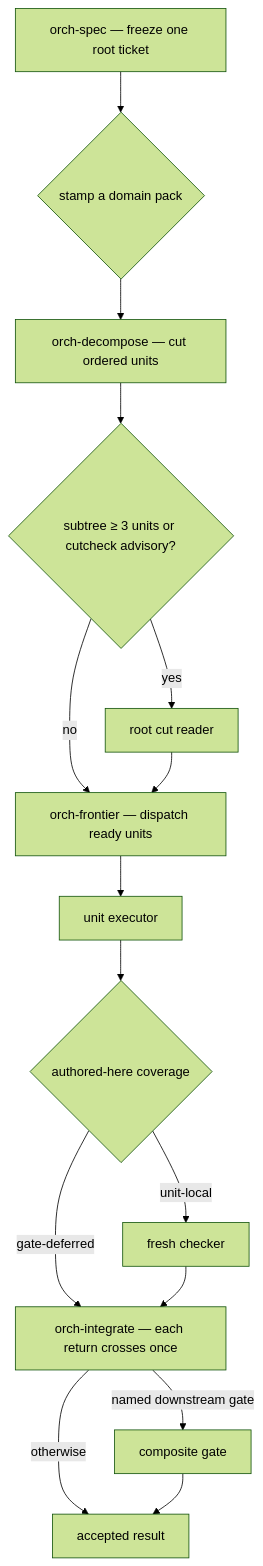
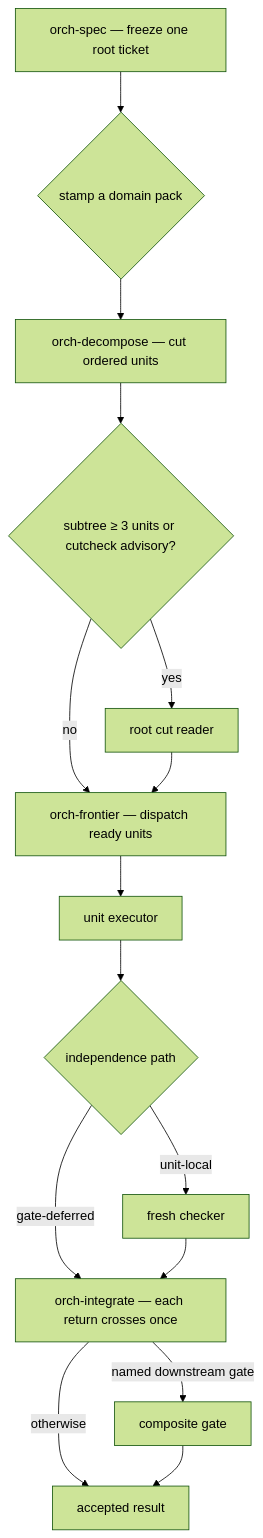
One commit to DanMcInerney/orchflows changed the diagram in README.md. Above: the diagram before and after it, drawn with Mermaid (forest theme). The commit also changed other lines of this file and 53 other files, not shown here.

````diff
--- a/README.md
+++ b/README.md
@@ -165,17 +165,17 @@
 ```mermaid
 flowchart TD
     spec["orch-spec — freeze one root ticket"] --> pack{"stamp a domain pack"}
     pack --> dec["orch-decompose — cut ordered units"]
     dec --> cut{"subtree ≥ 3 units or cutcheck advisory?"}
     cut -->|yes| reader["root cut reader"]
     cut -->|no| frontier["orch-frontier — dispatch ready units"]
     reader --> frontier
     frontier --> exec["unit executor"]
-    exec --> path{"authored-here coverage"}
+    exec --> path{"independence path"}
     path -->|unit-local| checker["fresh checker"]
     path -->|gate-deferred| join["orch-integrate — each return crosses once"]
     checker --> join
     join -->|named downstream gate| gate["composite gate"]
     join -->|otherwise| accepted["accepted result"]
     gate --> accepted
 ```
````
